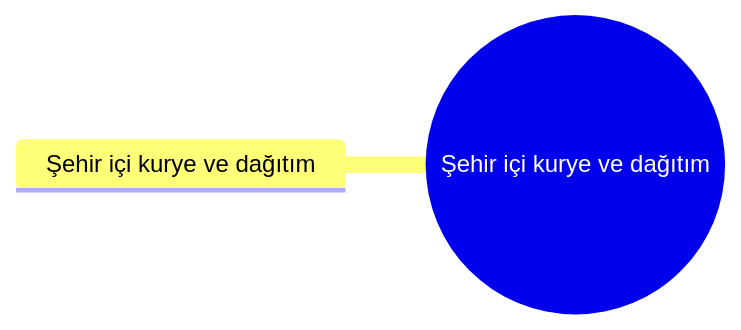
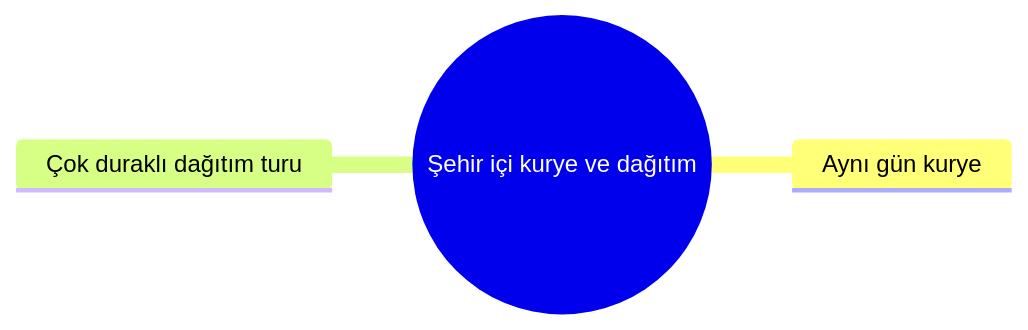
Before and after one commit to sametkarabulut-dev/xfuturepos-v2: the diagram in 02 İşletmeler/12 Lojistik & Taşımacılık/Şehir içi kurye ve dağıtım/Dal – Şehir içi kurye ve dağıtım.md, drawn with Mermaid. The commit also changed other lines of this file and 241 other files, not shown here.

````diff
--- a/02 İşletmeler/12 Lojistik & Taşımacılık/Şehir içi kurye ve dağıtım/Dal – Şehir içi kurye ve dağıtım.md
+++ b/02 İşletmeler/12 Lojistik & Taşımacılık/Şehir içi kurye ve dağıtım/Dal – Şehir içi kurye ve dağıtım.md
@@ -22,5 +23,6 @@
 ```mermaid
 mindmap
   root((Şehir içi kurye ve dağıtım))
-    Şehir içi kurye ve dağıtım
+    Aynı gün kurye
+    Çok duraklı dağıtım turu
 ```
````
